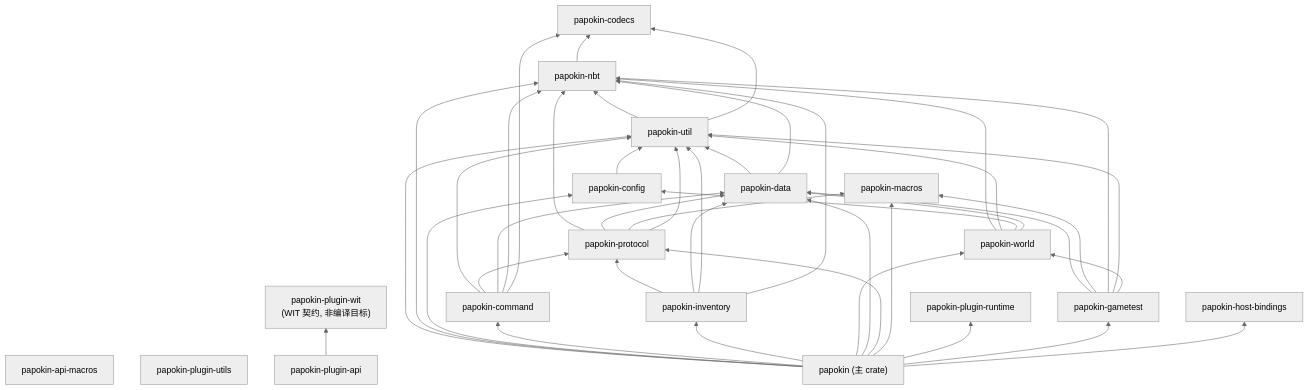
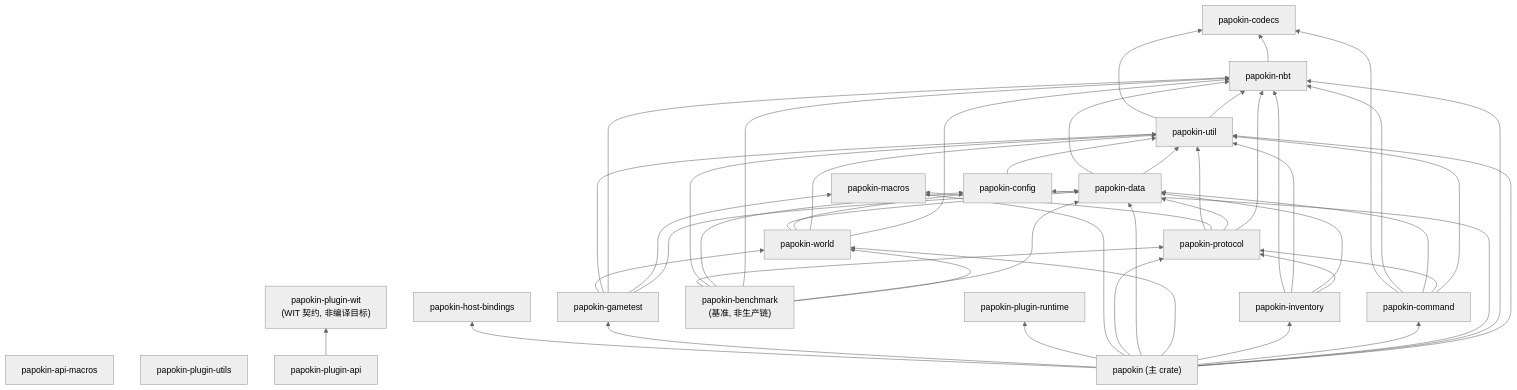
The first of 3 diagrams in note/03-依赖关系.md (Quotidietium/Papokin), drawn with Mermaid (neutral theme) before and after one commit. The commit also changed other lines of this file and 1 other file, not shown here.

Commit message:
docs(note): 目录树与依赖图补基准成员

````diff
--- a/note/03-依赖关系.md
+++ b/note/03-依赖关系.md
@@ -9,34 +9,38 @@
 ```mermaid
 graph BT
     %% 基础层（无内部依赖）
     CODECS["papokin-codecs"]
     MACROS["papokin-macros"]
     APIMACROS["papokin-api-macros"]
     HBIND["papokin-host-bindings"]
     WIT["papokin-plugin-wit<br/>(WIT 契约, 非编译目标)"]
     RUNTIME["papokin-plugin-runtime"]
+    BENCH["papokin-benchmark<br/>(基准, 非生产链)"]
     PUTILS["papokin-plugin-utils"]
 
     %% 第二层
     NBT["papokin-nbt"] --> CODECS
     UTIL["papokin-util"] --> NBT & CODECS
     PAPI["papokin-plugin-api"] --> WIT
     CONFIG["papokin-config"] --> UTIL
 
     %% 数据层
     DATA["papokin-data"] --> UTIL & NBT
 
     %% 协议层
     PROTO["papokin-protocol"] --> NBT & DATA & MACROS & UTIL
 
     %% 引擎层
     PW["papokin-world"] --> NBT & UTIL & CONFIG & DATA
 
     %% 功能层
     PCMD["papokin-command"] --> UTIL & PROTO & DATA & NBT & CODECS
     INV["papokin-inventory"] --> PROTO & DATA & UTIL & NBT
     GAMETEST["papokin-gametest"] --> DATA & MACROS & NBT & UTIL & PW
 
     %% 主 crate
     PAPOKIN["papokin (主 crate)"] --> UTIL & NBT & CONFIG & PCMD & INV & PW & DATA & PROTO & MACROS & RUNTIME & GAMETEST & HBIND
+
+    %% 基准 crate（性能战役双臂模型，非生产依赖链）
+    BENCH --> PW & DATA & NBT & CONFIG & UTIL & PROTO
 ```
````
